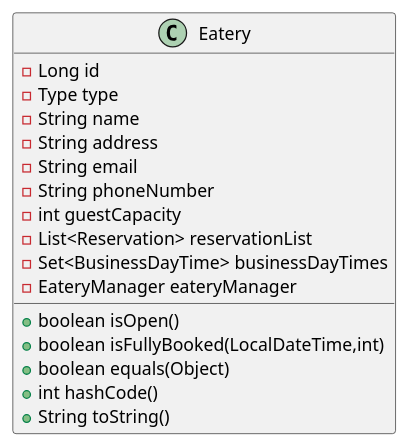
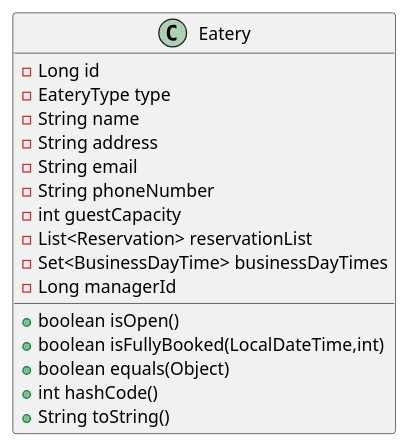
One commit to kyklospi/eatery changed the diagram in diagram/eatery.puml. Above: the diagram before and after it, drawn with PlantUML. The commit also changed 11 other files, not shown here.

```diff
--- a/diagram/eatery.puml
+++ b/diagram/eatery.puml
@@ -1,19 +1,19 @@
 @startuml
 class Eatery {
 - Long id
-- Type type
+- EateryType type
 - String name
 - String address
 - String email
 - String phoneNumber
 - int guestCapacity
 - List<Reservation> reservationList
 - Set<BusinessDayTime> businessDayTimes
-- EateryManager eateryManager
+- Long managerId
 + boolean isOpen()
 + boolean isFullyBooked(LocalDateTime,int)
 + boolean equals(Object)
 + int hashCode()
 + String toString()
 }
 @enduml
```
